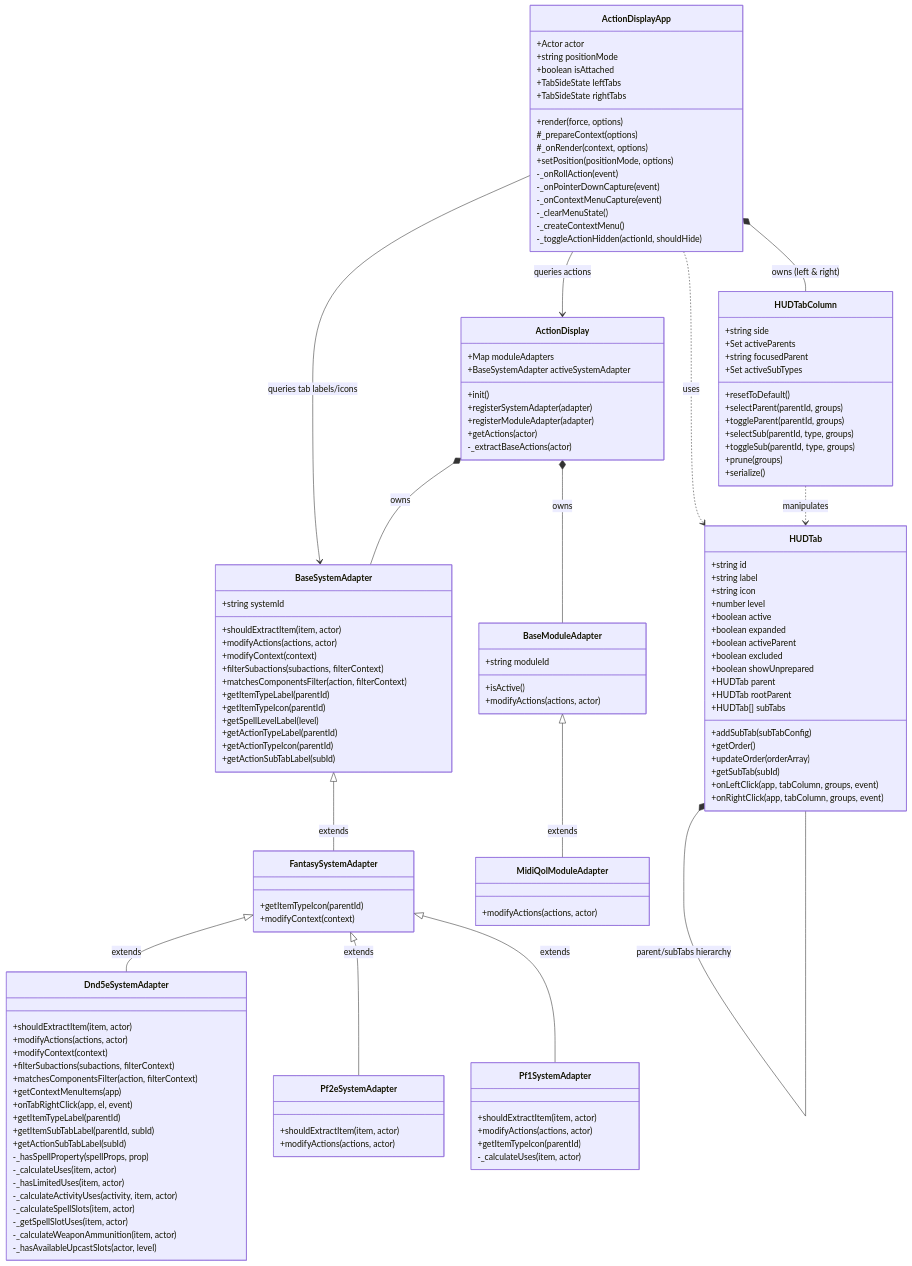
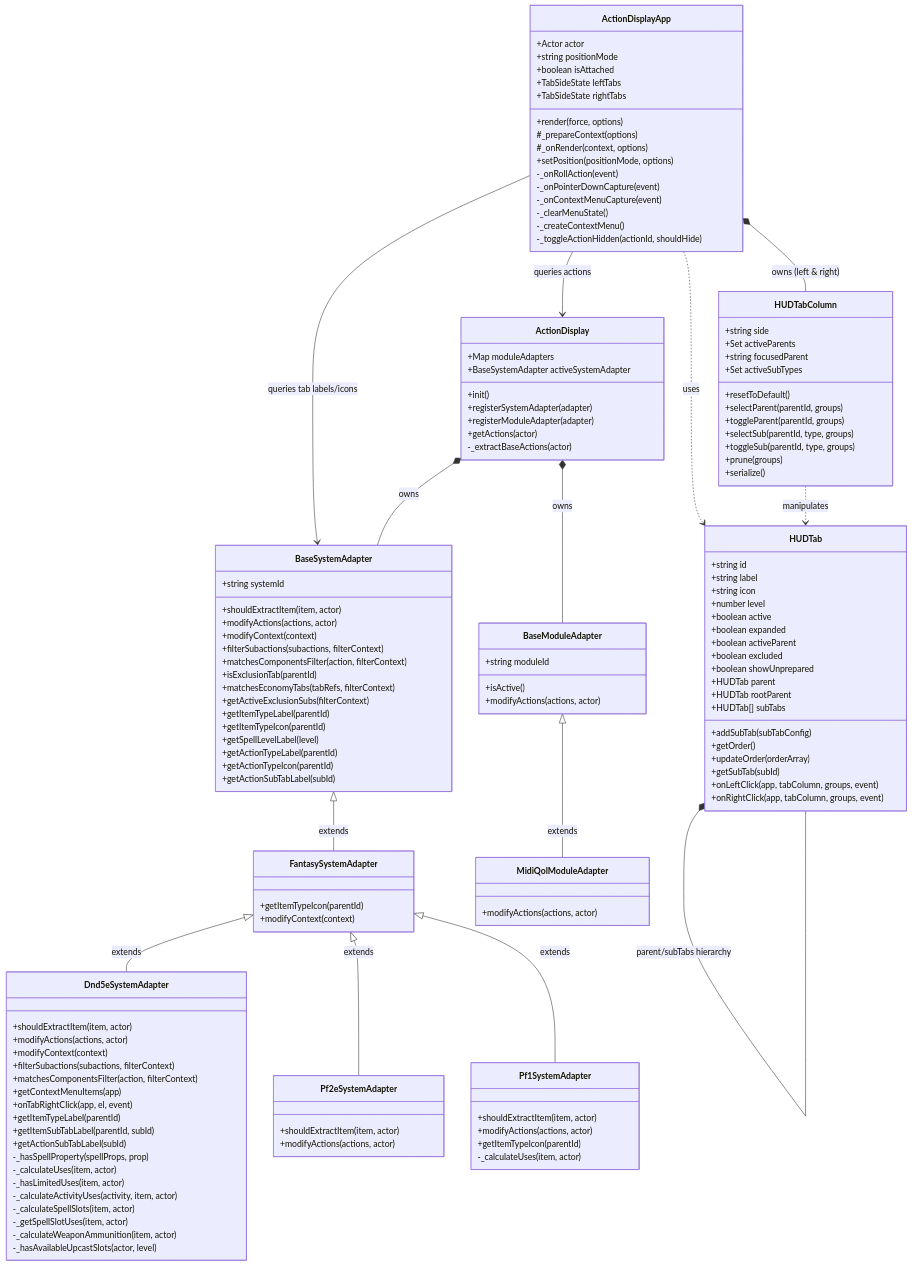
The first of 2 diagrams in docs/architecture_guide.md (aljames-arctic/bakana-action-display), drawn with Mermaid before and after one commit. The commit also changed 1 other file, not shown here.

Commit message:
docs: update architecture guide and function tree API reference for system adapter filtering helpers and TabRef methods

```diff
--- a/docs/architecture_guide.md
+++ b/docs/architecture_guide.md
@@ -95,6 +95,9 @@
         +modifyContext(context)
         +filterSubactions(subactions, filterContext)
         +matchesComponentsFilter(action, filterContext)
+        +isExclusionTab(parentId)
+        +matchesEconomyTabs(tabRefs, filterContext)
+        +getActiveExclusionSubs(filterContext)
         +getItemTypeLabel(parentId)
         +getItemTypeIcon(parentId)
         +getSpellLevelLabel(level)
```
